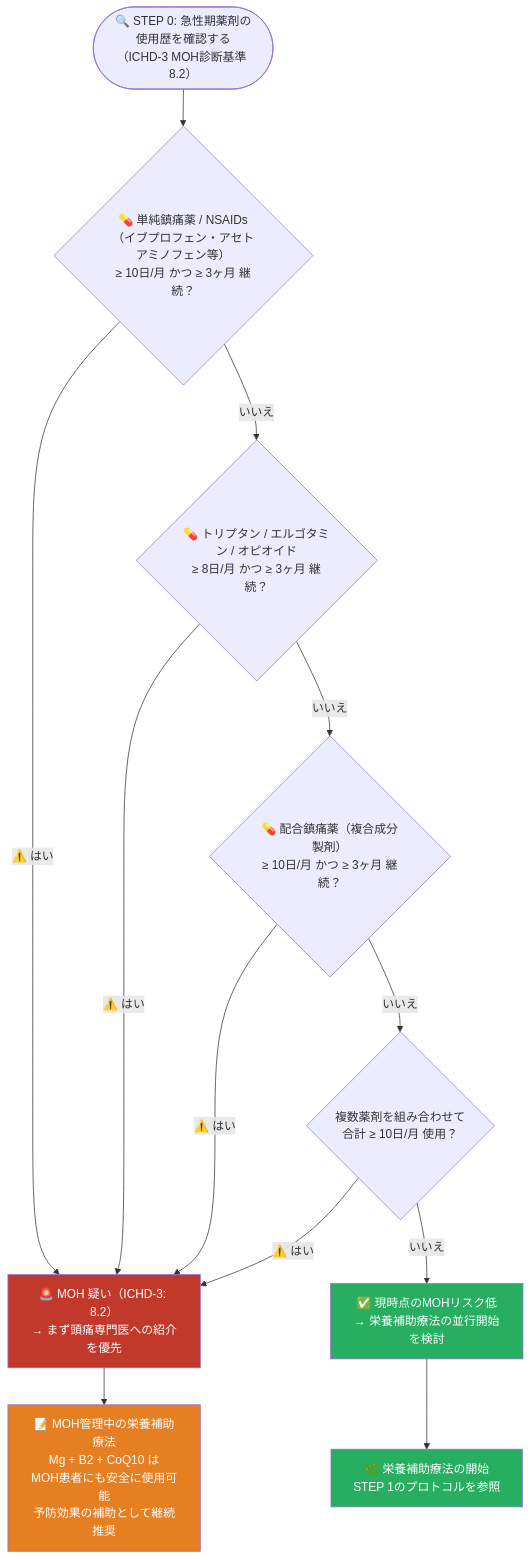
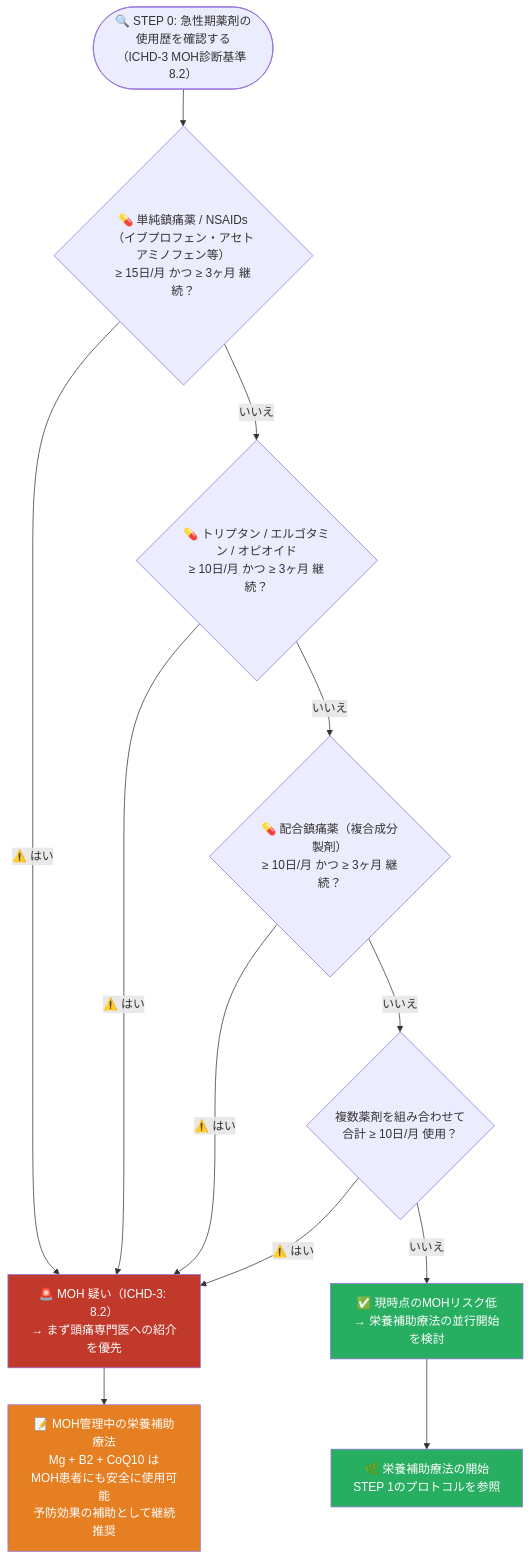
Before and after one commit to myoshi2891/Medical-Studies: the sixth of 8 diagrams in Types-of-headache/md-files/Nutrition-and-Supplements/Nutrition-and-Supplements.md, drawn with Mermaid. The commit also changed 7 other files, not shown here.

````diff
--- a/Types-of-headache/md-files/Nutrition-and-Supplements/Nutrition-and-Supplements.md
+++ b/Types-of-headache/md-files/Nutrition-and-Supplements/Nutrition-and-Supplements.md
@@ -577,33 +577,33 @@
 ```mermaid
 flowchart TD
     START(["🔍 STEP 0: 急性期薬剤の使用歴を確認する\n（ICHD-3 MOH診断基準 8.2）"])
 
-    START --> A{"💊 単純鎮痛薬 / NSAIDs\n（イブプロフェン・アセトアミノフェン等）\n≥ 10日/月 かつ ≥ 3ヶ月 継続？"}
+    START --> A{"💊 単純鎮痛薬 / NSAIDs\n（イブプロフェン・アセトアミノフェン等）\n≥ 15日/月 かつ ≥ 3ヶ月 継続？"}
     A -->|"⚠️ はい"| MOH_FLAG
     A -->|"いいえ"| B
 
-    B{"💊 トリプタン / エルゴタミン / オピオイド\n≥ 8日/月 かつ ≥ 3ヶ月 継続？"}
+    B{"💊 トリプタン / エルゴタミン / オピオイド\n≥ 10日/月 かつ ≥ 3ヶ月 継続？"}
     B -->|"⚠️ はい"| MOH_FLAG
     B -->|"いいえ"| C
 
     C{"💊 配合鎮痛薬（複合成分製剤）\n≥ 10日/月 かつ ≥ 3ヶ月 継続？"}
     C -->|"⚠️ はい"| MOH_FLAG
     C -->|"いいえ"| D
 
     D{"複数薬剤を組み合わせて\n合計 ≥ 10日/月 使用？"}
     D -->|"⚠️ はい"| MOH_FLAG
     D -->|"いいえ"| SAFE
 
     SAFE["✅ 現時点のMOHリスク低\n→ 栄養補助療法の並行開始を検討"]
 
     MOH_FLAG["🚨 MOH 疑い（ICHD-3: 8.2）\n→ まず頭痛専門医への紹介を優先"]
 
     MOH_FLAG --> NUTR_ADJUNCT["📝 MOH管理中の栄養補助療法\nMg + B2 + CoQ10 は\nMOH患者にも安全に使用可能\n予防効果の補助として継続推奨"]
 
     SAFE --> NUTR_START["🌿 栄養補助療法の開始\nSTEP 1のプロトコルを参照"]
 
     style MOH_FLAG fill:#c0392b,color:#fff
     style SAFE fill:#27ae60,color:#fff
     style NUTR_ADJUNCT fill:#e67e22,color:#fff
     style NUTR_START fill:#27ae60,color:#fff
 ```
````
